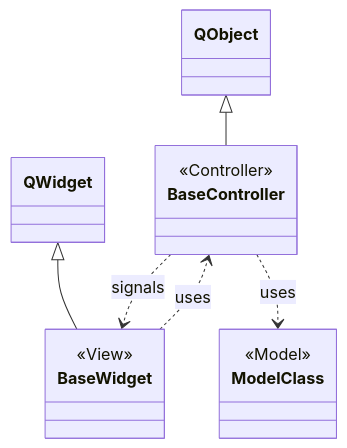
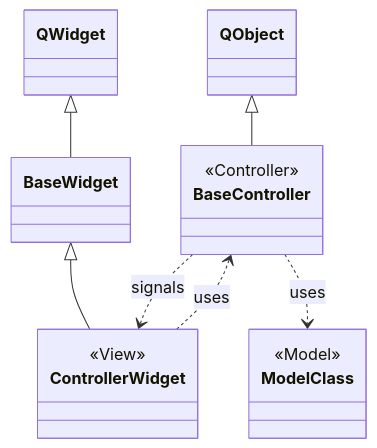
Before and after one commit to stmork/mrw-track-control-ng: the first of 2 diagrams in ctrl/README.md, drawn with Mermaid. The commit also changed 4 other files, not shown here.

````diff
--- a/ctrl/README.md
+++ b/ctrl/README.md
@@ -7,19 +7,20 @@
 ```mermaid
 classDiagram
 
 class ModelClass
 <<Model>> ModelClass
 
 class BaseController
 <<Controller>> BaseController
 QObject <|-- BaseController
 
-class BaseWidget
-<<View>> BaseWidget
+class ControllerWidget
+<<View>> ControllerWidget
 
 QWidget <|-- BaseWidget
-BaseWidget ..> BaseController : uses
-BaseController ..> BaseWidget : signals
+BaseWidget <|-- ControllerWidget
+ControllerWidget ..> BaseController : uses
+BaseController ..> ControllerWidget : signals
 BaseController ..> ModelClass : uses
 
 ```
````
